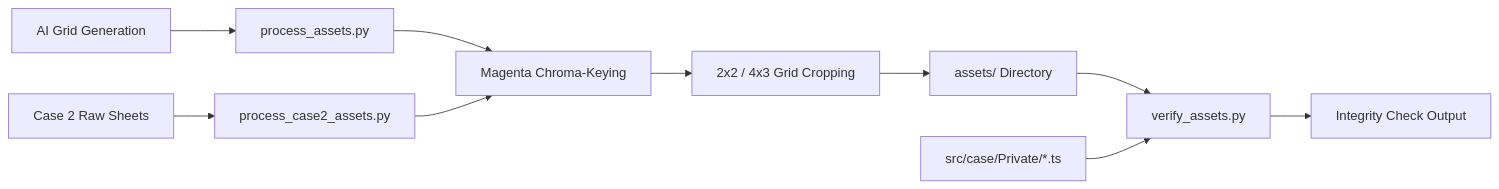
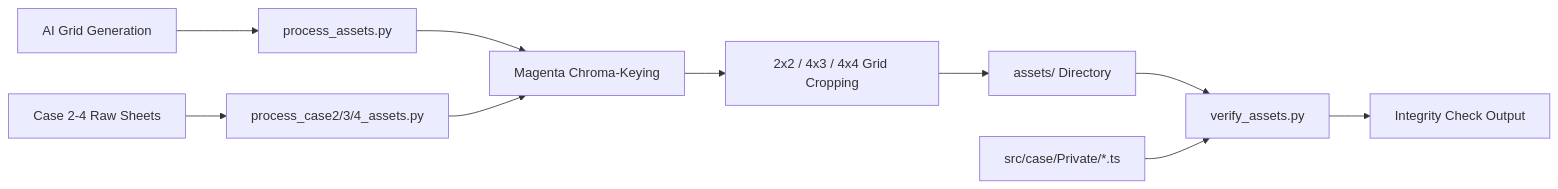
Before and after one commit to luisoncpp/aa-chapulin: the diagram in docs/architecture/asset-pipeline.md, drawn with Mermaid. The commit also changed other lines of this file and 73 other files, not shown here.

First line of the commit message:
Add Case 4 hotel visual assets and extraction pipeline.

````diff
--- a/docs/architecture/asset-pipeline.md
+++ b/docs/architecture/asset-pipeline.md
@@ -9,13 +9,13 @@
 ```mermaid
 flowchart LR
     Raw[AI Grid Generation] --> Process[process_assets.py]
-    Raw2[Case 2 Raw Sheets] --> Process2[process_case2_assets.py]
+    Raw2[Case 2-4 Raw Sheets] --> ProcessN[process_case2/3/4_assets.py]
     Process --> Chroma[Magenta Chroma-Keying]
-    Process2 --> Chroma
-    Chroma --> Slicing[2x2 / 4x3 Grid Cropping]
+    ProcessN --> Chroma
+    Chroma --> Slicing[2x2 / 4x3 / 4x4 Grid Cropping]
     Slicing --> Assets[assets/ Directory]
     
     Assets --> Verify[verify_assets.py]
     Script[src/case/Private/*.ts] --> Verify
     Verify --> Report[Integrity Check Output]
 ```
````
